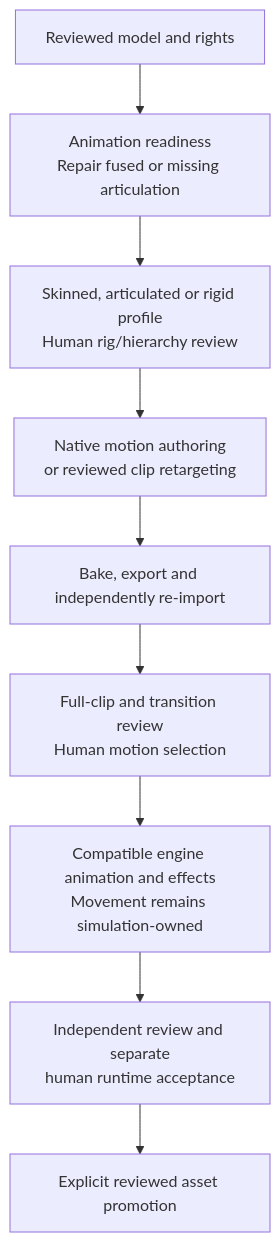
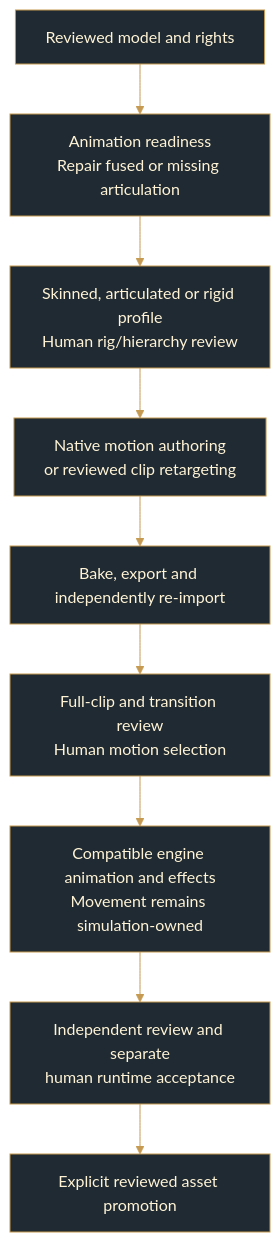
Before and after one commit to TimothyMeadows/OpenCaw: the fourth of 5 diagrams in README.md, drawn with Mermaid. The commit also changed other lines of this file and 526 other files, not shown here.

````diff
--- a/README.md
+++ b/README.md
@@ -1528,14 +1540,15 @@
 ```mermaid
+%%{init: {"theme":"base","themeVariables":{"primaryColor":"#202A32","primaryTextColor":"#FFF4D6","primaryBorderColor":"#C69A52","lineColor":"#C69A52","secondaryColor":"#46535E","tertiaryColor":"#202A32","edgeLabelBackground":"#FFF4D6"}}}%%
 flowchart TB
     accTitle: Native model-to-animation game production
     accDescr: Inspect a reviewed model for animation readiness, prepare an actual skeleton or articulated or rigid hierarchy, author or retarget motion, bake and independently re-import exports, review complete clips and transitions, and verify compatible engine playback and effects before human runtime acceptance and promotion.
 
     Model["Reviewed model and rights"] --> Ready["Animation readiness<br/>Repair fused or missing articulation"]
     Ready --> Rig["Skinned, articulated or rigid profile<br/>Human rig/hierarchy review"]
     Rig --> Motion["Native motion authoring<br/>or reviewed clip retargeting"]
     Motion --> Bake["Bake, export and independently re-import"]
     Bake --> Review["Full-clip and transition review<br/>Human motion selection"]
     Review --> Engine["Compatible engine animation and effects<br/>Movement remains simulation-owned"]
     Engine --> Accept["Independent review and separate<br/>human runtime acceptance"]
     Accept --> Promote["Explicit reviewed asset promotion"]
 ```
````
